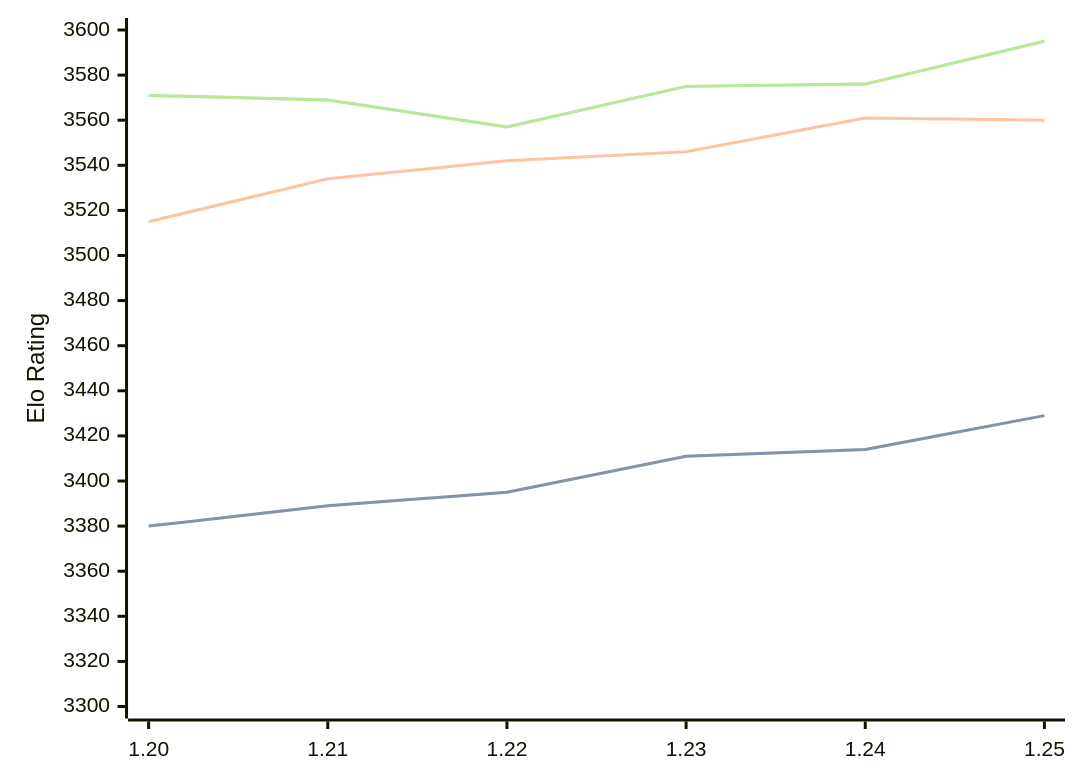
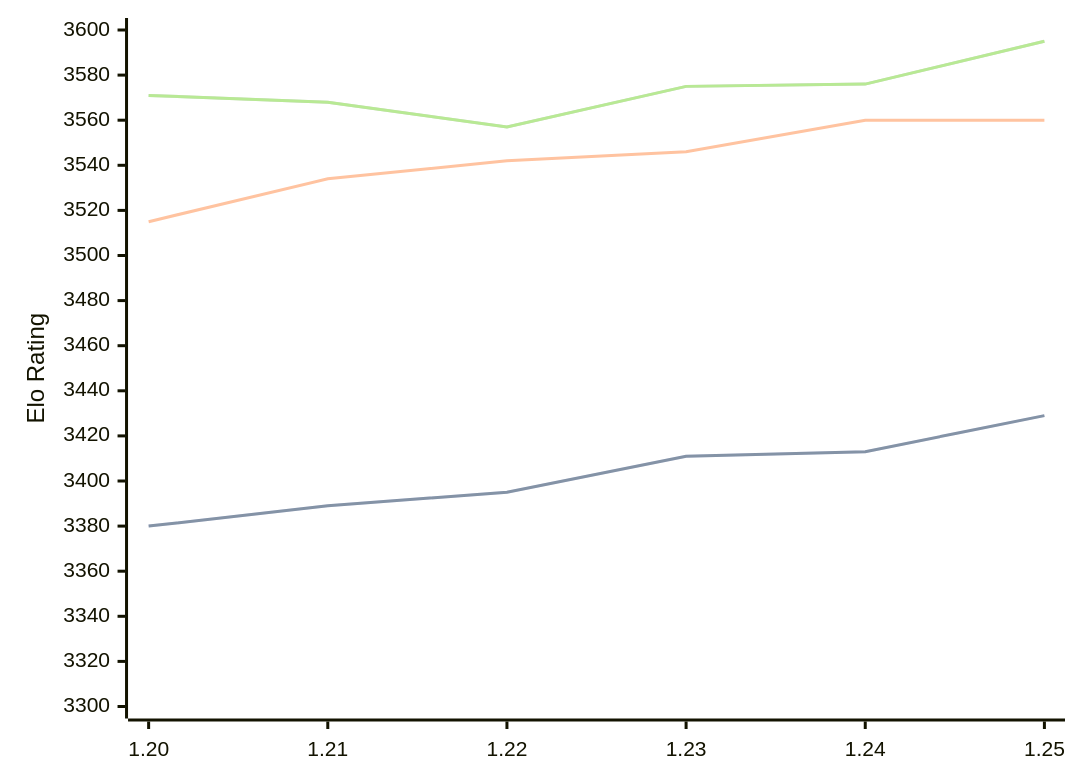
Before and after one commit to computer-chess-index/cci: the diagram in engines/Caissa.md, drawn with Mermaid. The commit also changed other lines of this file, not shown here.

Commit message:
Update CCI Ratings (ELO VLTC) - 2026-04-08

````diff
--- a/engines/Caissa.md
+++ b/engines/Caissa.md
@@ -65,11 +65,11 @@
 ```mermaid
 %%{init: {"theme":"base","themeVariables":{"seriesColors:['#a3a3a3','#222221','#faa371']}}}%%
 xychart-beta
   x-axis ["1.20", "1.21", "1.22", "1.23", "1.24", "1.25"]
   y-axis "Elo Rating" 3300 --> 3600
-  line "STC (8.0+0.08s)" [3380, 3389, 3395, 3411, 3414, 3429]
-  line "STC (8.0+0.08s)" [3380, 3389, 3395, 3411, 3414, 3429]
-  line "LTC (60.0+0.60s)" [3515, 3534, 3542, 3546, 3561, 3560]
-  line "VLTC (2m24s+1.12s)" [3571, 3569, 3557, 3575, 3576, 3595]
-  line "VLTC (2m24s+1.12s)" [3571, 3569, 3557, 3575, 3576, 3595]
+  line "STC (8.0+0.08s)" [3380, 3389, 3395, 3411, 3413, 3429]
+  line "STC (8.0+0.08s)" [3380, 3389, 3395, 3411, 3413, 3429]
+  line "LTC (60.0+0.60s)" [3515, 3534, 3542, 3546, 3560, 3560]
+  line "VLTC (2m24s+1.12s)" [3571, 3568, 3557, 3575, 3576, 3595]
+  line "VLTC (2m24s+1.12s)" [3571, 3568, 3557, 3575, 3576, 3595]
 ```
````
